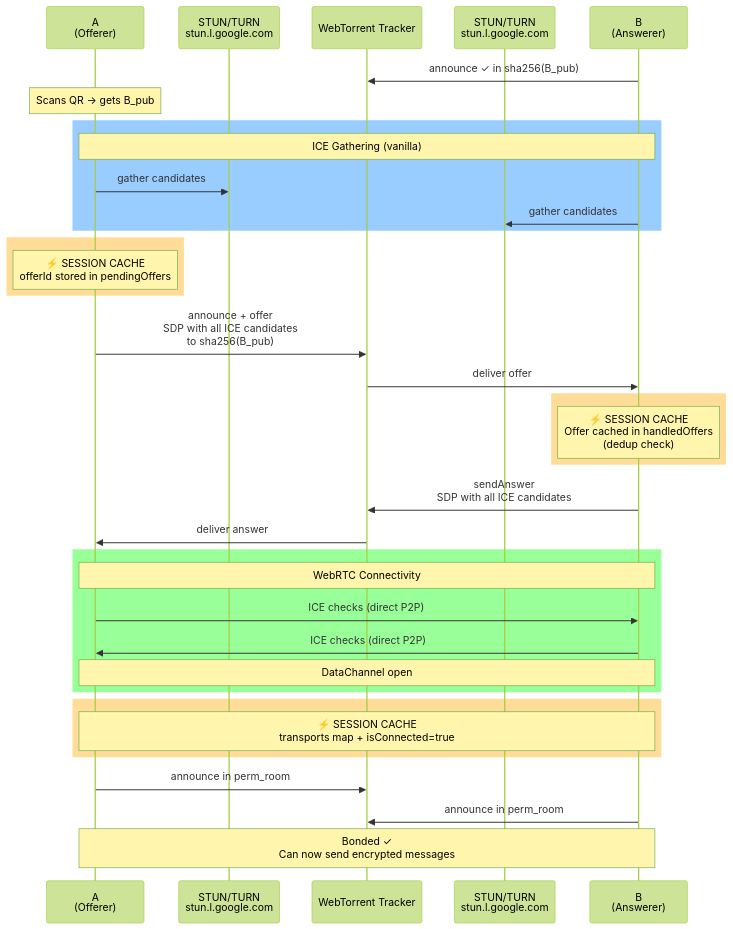
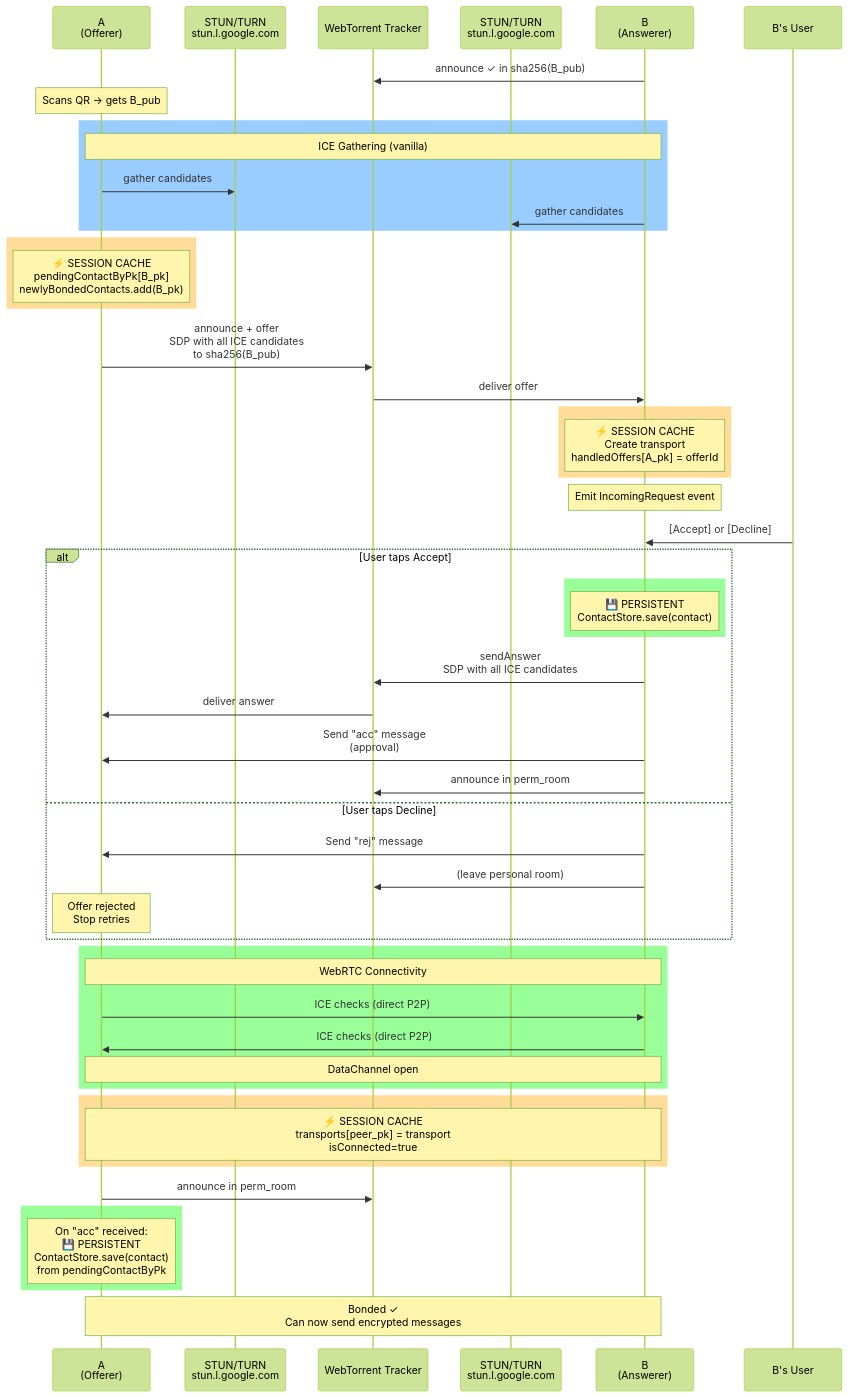
Before and after one commit to davidevecchi/TruSTI: the third of 8 diagrams in README.md, drawn with Mermaid (forest theme). The commit also changed other lines of this file, not shown here.

````diff
--- a/README.md
+++ b/README.md
@@ -140,47 +191,69 @@
 ```mermaid
 sequenceDiagram
     participant A as A<br/>(Offerer)
     participant ICE_A as STUN/TURN<br/>stun.l.google.com
     participant Tracker as WebTorrent Tracker
     participant ICE_B as STUN/TURN<br/>stun.l.google.com
     participant B as B<br/>(Answerer)
+    participant User as B's User
 
     B->>Tracker: announce ✓ in sha256(B_pub)
     Note over A: Scans QR → gets B_pub
 
     rect rgba(0, 128, 255, 0.4)
     Note over A,B: ICE Gathering (vanilla)
     A->>ICE_A: gather candidates
     B->>ICE_B: gather candidates
     end
 
     rect rgba(255, 170, 0, 0.4)
-    Note over A: ⚡ SESSION CACHE<br/>offerId stored in pendingOffers
+    Note over A: ⚡ SESSION CACHE<br/>pendingContactByPk[B_pk]<br/>newlyBondedContacts.add(B_pk)
     end
 
     A->>Tracker: announce + offer<br/>SDP with all ICE candidates<br/>to sha256(B_pub)
     Tracker->>B: deliver offer
 
     rect rgba(255, 170, 0, 0.4)
-    Note over B: ⚡ SESSION CACHE<br/>Offer cached in handledOffers<br/>(dedup check)
+    Note over B: ⚡ SESSION CACHE<br/>Create transport<br/>handledOffers[A_pk] = offerId
     end
 
-    B->>Tracker: sendAnswer<br/>SDP with all ICE candidates
-    Tracker->>A: deliver answer
+    Note over B: Emit IncomingRequest event
+    User->>B: [Accept] or [Decline]
+
+    alt User taps Accept
+        rect rgba(0, 255, 0, 0.4)
+        Note over B: 💾 PERSISTENT<br/>ContactStore.save(contact)
+        end
+
+        B->>Tracker: sendAnswer<br/>SDP with all ICE candidates
+        Tracker->>A: deliver answer
+
+        B->>A: Send "acc" message<br/>(approval)
+
+        B->>Tracker: announce in perm_room
+
+    else User taps Decline
+        B->>A: Send "rej" message
+        B->>Tracker: (leave personal room)
+        Note over A: Offer rejected<br/>Stop retries
+    end
 
     rect rgba(0, 255, 0, 0.4)
     Note over A,B: WebRTC Connectivity
     A->>B: ICE checks (direct P2P)
     B->>A: ICE checks (direct P2P)
     Note over A,B: DataChannel open
     end
 
     rect rgba(255, 170, 0, 0.4)
-    Note over A,B: ⚡ SESSION CACHE<br/>transports map + isConnected=true
+    Note over A,B: ⚡ SESSION CACHE<br/>transports[peer_pk] = transport<br/>isConnected=true
     end
 
     A->>Tracker: announce in perm_room
-    B->>Tracker: announce in perm_room
+
+    rect rgba(0, 255, 0, 0.4)
+    Note over A: On "acc" received:<br/>💾 PERSISTENT<br/>ContactStore.save(contact)<br/>from pendingContactByPk
+    end
 
     Note over A,B: Bonded ✓<br/>Can now send encrypted messages
 ```
````
